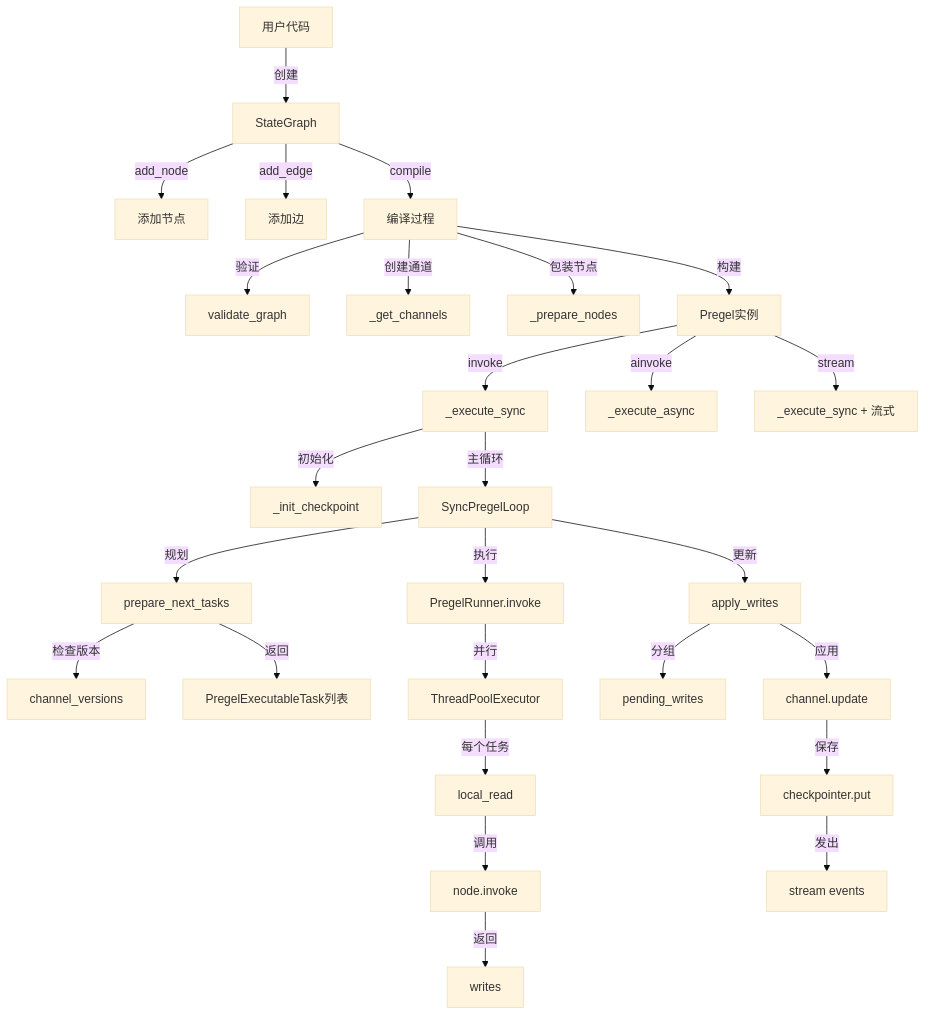
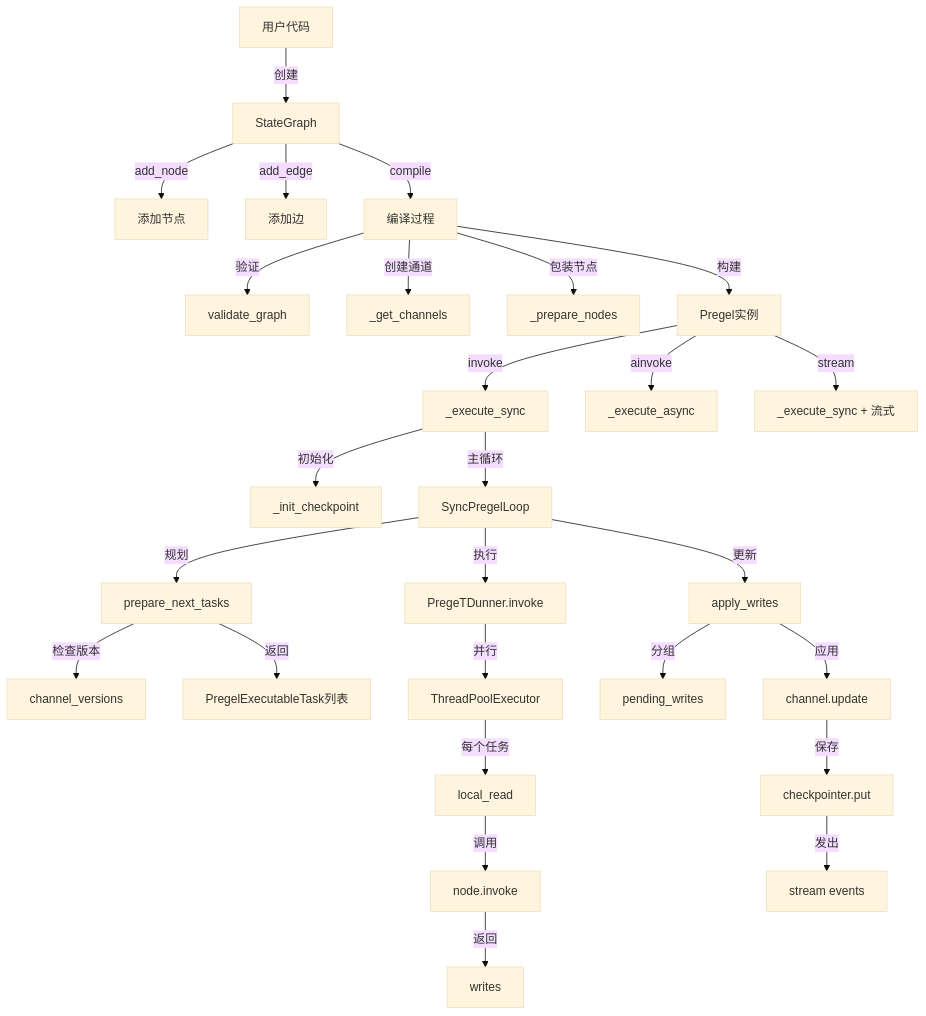
Diagram 15 of 19 in LANGGRAPH_TECHNICAL_DOCUMENTATION.md (Forcandy/langgraph), drawn with Mermaid (base theme) before and after one commit. The commit also changed other lines of this file, not shown here.

Commit message:
optimize mermaid

````diff
--- a/LANGGRAPH_TECHNICAL_DOCUMENTATION.md
+++ b/LANGGRAPH_TECHNICAL_DOCUMENTATION.md
@@ -5088,36 +5088,36 @@
 ```mermaid
 flowchart TD
     A[用户代码] -->|创建| B[StateGraph]
     B -->|add_node| C[添加节点]
     B -->|add_edge| D[添加边]
     B -->|compile| E[编译过程]
     
     E -->|验证| F[validate_graph]
     E -->|创建通道| G[_get_channels]
     E -->|包装节点| H[_prepare_nodes]
     E -->|构建| I[Pregel实例]
     
     I -->|invoke| J[_execute_sync]
     I -->|ainvoke| K[_execute_async]
     I -->|stream| L[_execute_sync + 流式]
     
     J -->|初始化| M[_init_checkpoint]
     J -->|主循环| N[SyncPregelLoop]
     
     N -->|规划| O[prepare_next_tasks]
-    N -->|执行| P[PregelRunner.invoke]
+    N -->|执行| P[PregeTDunner.invoke]
     N -->|更新| Q[apply_writes]
     
     O -->|检查版本| R[channel_versions]
     O -->|返回| S[PregelExecutableTask列表]
     
     P -->|并行| T[ThreadPoolExecutor]
     T -->|每个任务| U[local_read]
     U -->|调用| V[node.invoke]
     V -->|返回| W[writes]
     
     Q -->|分组| X[pending_writes]
     Q -->|应用| Y[channel.update]
     Y -->|保存| Z[checkpointer.put]
     Z -->|发出| AA[stream events]
 ```
````
